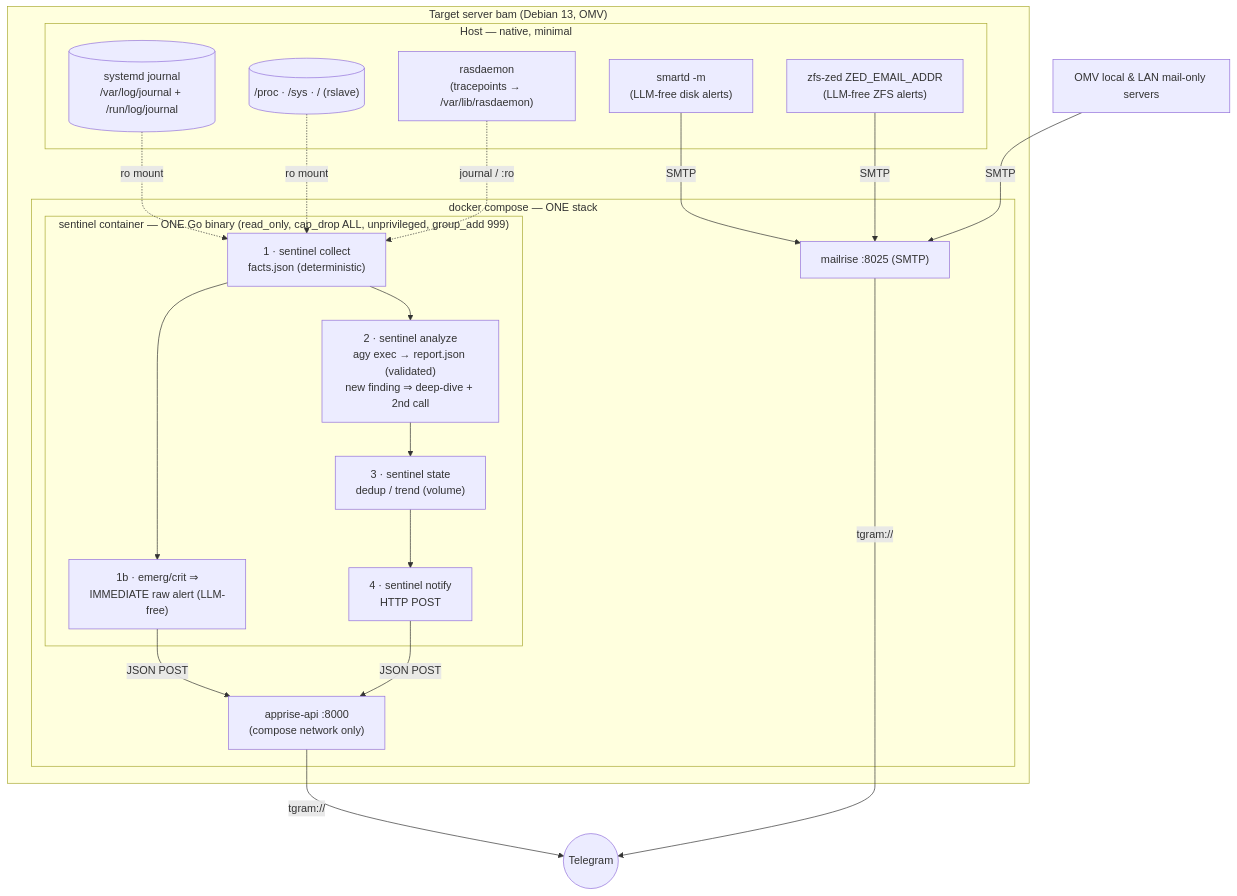
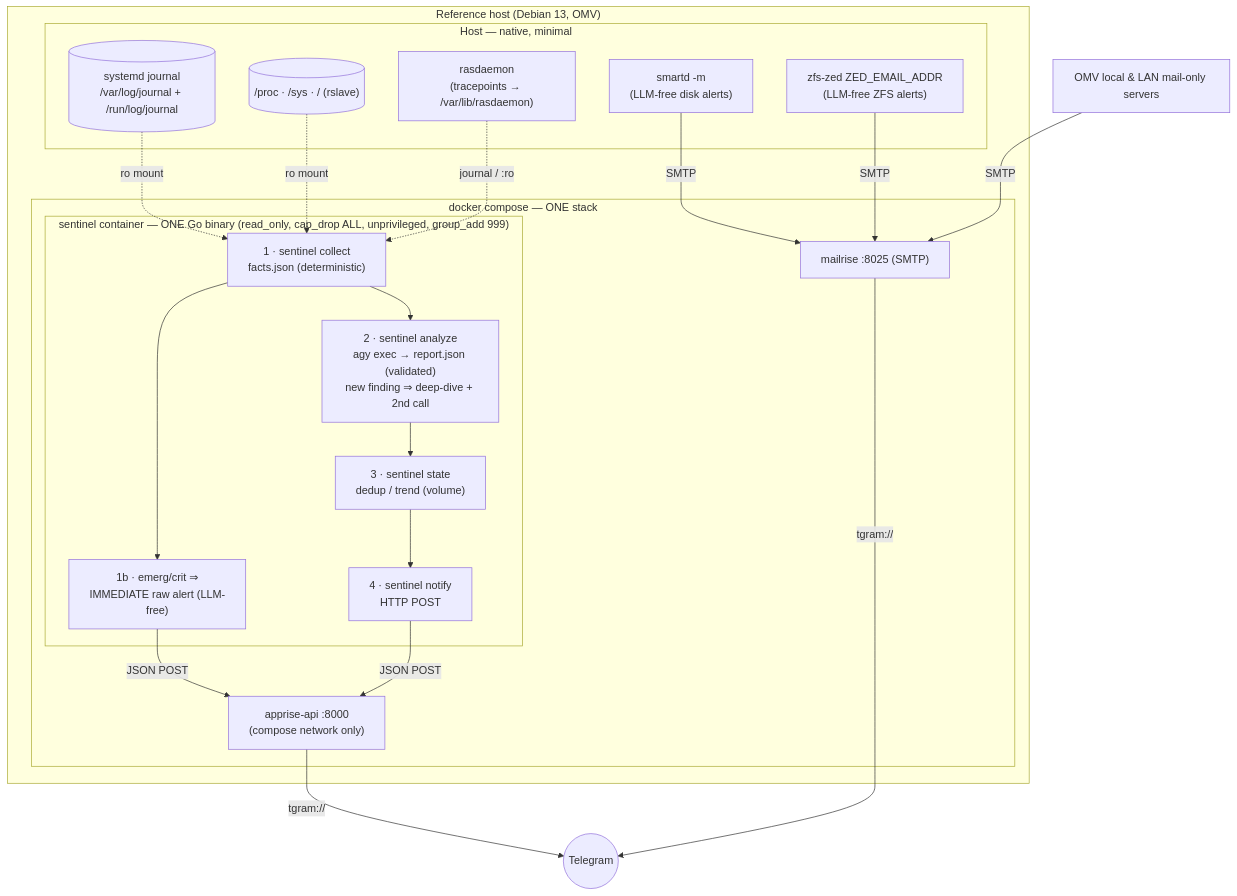
Before and after one commit to thiscantbeserious/agentic-server-supervisor: the diagram in ARCHITECTURE.md, drawn with Mermaid. The commit also changed other lines of this file, not shown here.

Commit message:
docs: the architecture named one machine and published its address
The host survey section carried a hostname and a LAN address, and the
diagram was built around that one machine's name. Neither tells a reader
anything the findings themselves do not, and the repository is public.

The technical content is unchanged and still worth having — journal GID,
pool layout, what was already running — because it is what the design
was fitted to, not because of whose box it came from.

````diff
--- a/ARCHITECTURE.md
+++ b/ARCHITECTURE.md
@@ -85,38 +85,38 @@
 ```mermaid
 flowchart TB
-    subgraph bam["Target server bam (Debian 13, OMV)"]
-        subgraph host["Host — native, minimal"]
+    subgraph target["Reference host (Debian 13, OMV)"]
+        subgraph native["Host — native, minimal"]
             rasd["rasdaemon<br/>(tracepoints → /var/lib/rasdaemon)"]
             smartd["smartd -m<br/>(LLM-free disk alerts)"]
             zed["zfs-zed ZED_EMAIL_ADDR<br/>(LLM-free ZFS alerts)"]
             journal[("systemd journal<br/>/var/log/journal + /run/log/journal")]
             procsys[("/proc · /sys · / (rslave)")]
         end
         subgraph stack["docker compose — ONE stack"]
             subgraph sentinel["sentinel container — ONE Go binary (read_only, cap_drop ALL, unprivileged, group_add 999)"]
                 collect["1 · sentinel collect<br/>facts.json (deterministic)"]
                 raw["1b · emerg/crit ⇒<br/>IMMEDIATE raw alert (LLM-free)"]
                 analyze["2 · sentinel analyze<br/>agy exec → report.json (validated)<br/>new finding ⇒ deep-dive + 2nd call"]
                 state["3 · sentinel state<br/>dedup / trend (volume)"]
                 notify["4 · sentinel notify<br/>HTTP POST"]
                 collect --> raw
                 collect --> analyze --> state --> notify
             end
             apprise["apprise-api :8000<br/>(compose network only)"]
             mailrise["mailrise :8025 (SMTP)"]
         end
     end
     lan["OMV local & LAN mail-only servers"]
     tg(("Telegram"))
 
     journal -. "ro mount" .-> collect
     procsys -. "ro mount" .-> collect
     rasd -. "journal / :ro" .-> collect
     smartd -- "SMTP" --> mailrise
     zed -- "SMTP" --> mailrise
     lan -- "SMTP" --> mailrise
     raw -- "JSON POST" --> apprise
     notify -- "JSON POST" --> apprise
     apprise -- "tgram://" --> tg
     mailrise -- "tgram://" --> tg
 ```
````
